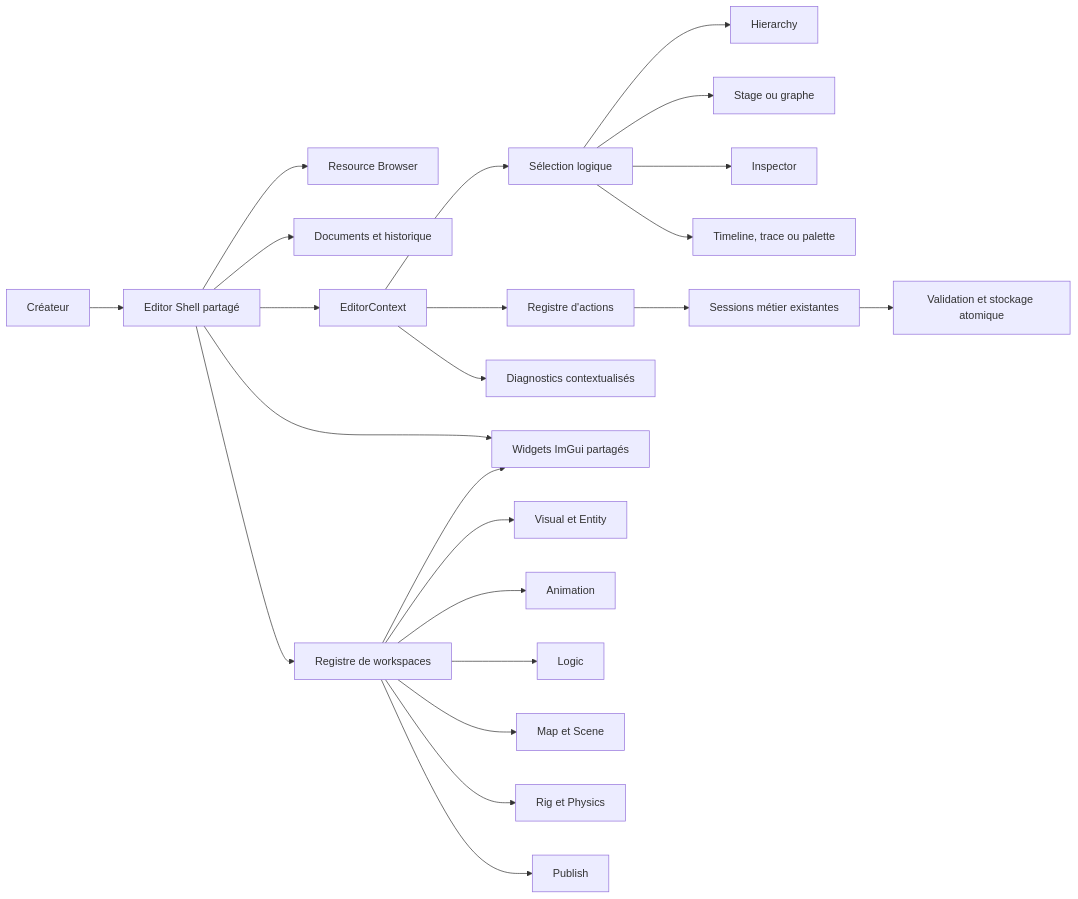
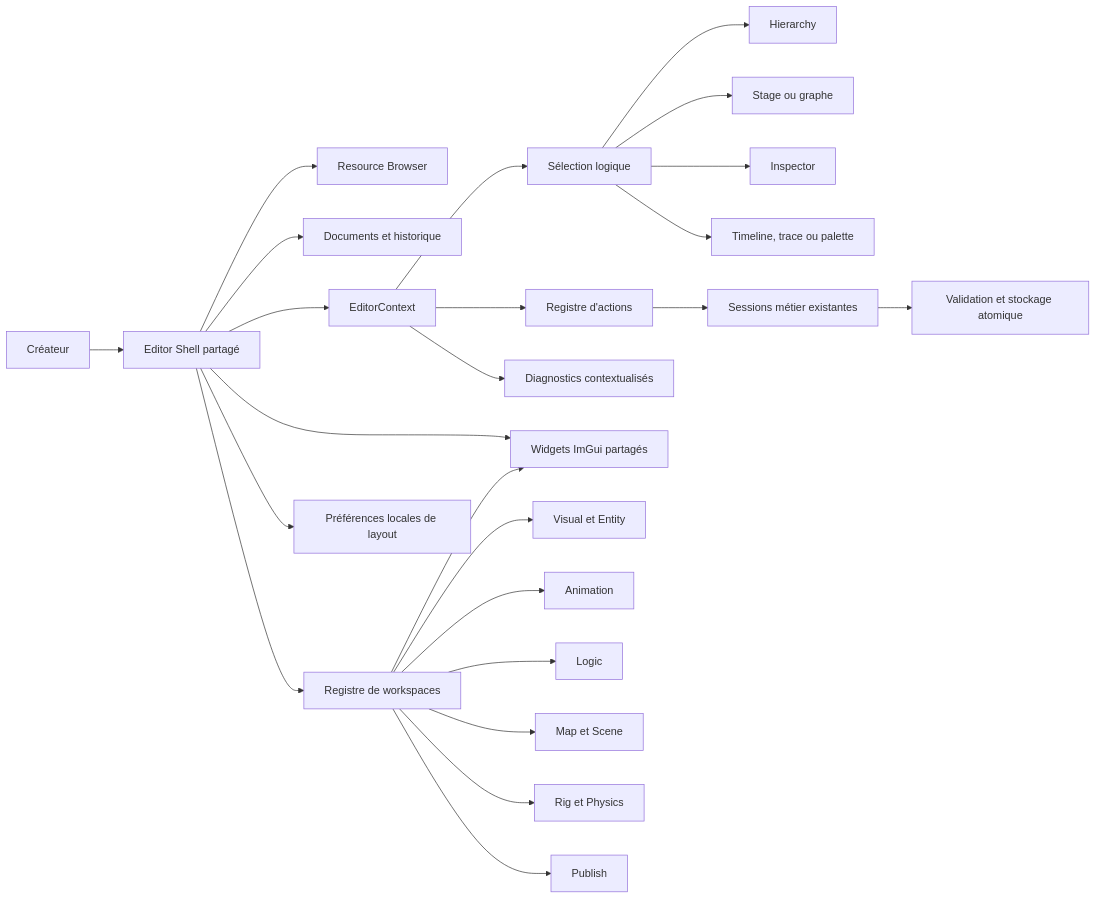
Before and after one commit to tristan-monticelli/vertex-loom: the second of 3 diagrams in docs/architecture/components/studio-ux.md, drawn with Mermaid. The commit also changed other lines of this file and 5 other files, not shown here.

Commit message:
feat(editor): persist local layout preferences

````diff
--- a/docs/architecture/components/studio-ux.md
+++ b/docs/architecture/components/studio-ux.md
@@ -146,25 +146,26 @@
 ```mermaid
 flowchart LR
     User[Créateur] --> Shell[Editor Shell partagé]
     Shell --> Browser[Resource Browser]
     Shell --> Tabs[Documents et historique]
     Shell --> Context[EditorContext]
     Shell --> SharedWidgets[Widgets ImGui partagés]
+    Shell --> Preferences[Préférences locales de layout]
     Context --> Selection[Sélection logique]
     Context --> Actions[Registre d'actions]
     Context --> Diagnostics[Diagnostics contextualisés]
     Shell --> Workspaces[Registre de workspaces]
     Workspaces --> SharedWidgets
     Workspaces --> Visual[Visual et Entity]
     Workspaces --> Animation[Animation]
     Workspaces --> Logic[Logic]
     Workspaces --> Map[Map et Scene]
     Workspaces --> Rig[Rig et Physics]
     Workspaces --> Publish[Publish]
     Selection --> Hierarchy[Hierarchy]
     Selection --> Stage[Stage ou graphe]
     Selection --> Inspector[Inspector]
     Selection --> TaskDock[Timeline, trace ou palette]
     Actions --> Sessions[Sessions métier existantes]
     Sessions --> Storage[Validation et stockage atomique]
 ```
````
